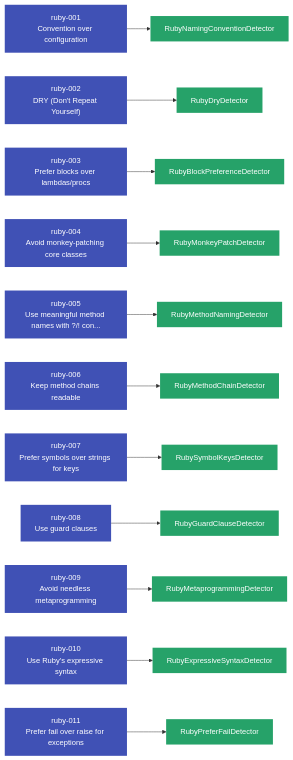
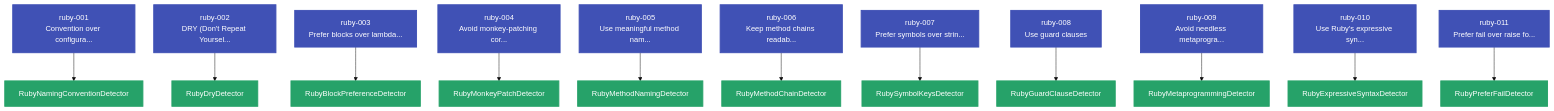
The first of 4 diagrams in docs/user-guide/languages/ruby.md (Anselmoo/mcp-zen-of-languages), drawn with Mermaid before and after one commit. The commit also changed other lines of this file and 20 other files, not shown here.

Commit message:
fix: improve Mermaid visualization - contrast, text overflow, new diagrams

````diff
--- a/docs/user-guide/languages/ruby.md
+++ b/docs/user-guide/languages/ruby.md
@@ -278,60 +278,61 @@
     ```mermaid
-    graph LR
-    ruby_001["ruby-001<br/>Convention over configuration"]
-    ruby_002["ruby-002<br/>DRY (Don't Repeat Yourself)"]
-    ruby_003["ruby-003<br/>Prefer blocks over lambdas/procs"]
-    ruby_004["ruby-004<br/>Avoid monkey-patching core classes"]
-    ruby_005["ruby-005<br/>Use meaningful method names with ?/! con..."]
-    ruby_006["ruby-006<br/>Keep method chains readable"]
-    ruby_007["ruby-007<br/>Prefer symbols over strings for keys"]
+%%{init: {"theme": "base", "flowchart": {"useMaxWidth": false, "htmlLabels": true, "nodeSpacing": 40, "rankSpacing": 60}}}%%
+    graph TD
+    ruby_001["ruby-001<br/>Convention over configura..."]
+    ruby_002["ruby-002<br/>DRY (Don't Repeat Yoursel..."]
+    ruby_003["ruby-003<br/>Prefer blocks over lambda..."]
+    ruby_004["ruby-004<br/>Avoid monkey-patching cor..."]
+    ruby_005["ruby-005<br/>Use meaningful method nam..."]
+    ruby_006["ruby-006<br/>Keep method chains readab..."]
+    ruby_007["ruby-007<br/>Prefer symbols over strin..."]
     ruby_008["ruby-008<br/>Use guard clauses"]
-    ruby_009["ruby-009<br/>Avoid needless metaprogramming"]
-    ruby_010["ruby-010<br/>Use Ruby's expressive syntax"]
-    ruby_011["ruby-011<br/>Prefer fail over raise for exceptions"]
+    ruby_009["ruby-009<br/>Avoid needless metaprogra..."]
+    ruby_010["ruby-010<br/>Use Ruby's expressive syn..."]
+    ruby_011["ruby-011<br/>Prefer fail over raise fo..."]
     det_RubyBlockPreferenceDetector["RubyBlockPreferenceDetector"]
     ruby_003 --> det_RubyBlockPreferenceDetector
     det_RubyDryDetector["RubyDryDetector"]
     ruby_002 --> det_RubyDryDetector
     det_RubyExpressiveSyntaxDetector["RubyExpressiveSyntaxDetector"]
     ruby_010 --> det_RubyExpressiveSyntaxDetector
     det_RubyGuardClauseDetector["RubyGuardClauseDetector"]
     ruby_008 --> det_RubyGuardClauseDetector
     det_RubyMetaprogrammingDetector["RubyMetaprogrammingDetector"]
     ruby_009 --> det_RubyMetaprogrammingDetector
     det_RubyMethodChainDetector["RubyMethodChainDetector"]
     ruby_006 --> det_RubyMethodChainDetector
     det_RubyMethodNamingDetector["RubyMethodNamingDetector"]
     ruby_005 --> det_RubyMethodNamingDetector
     det_RubyMonkeyPatchDetector["RubyMonkeyPatchDetector"]
     ruby_004 --> det_RubyMonkeyPatchDetector
     det_RubyNamingConventionDetector["RubyNamingConventionDetector"]
     ruby_001 --> det_RubyNamingConventionDetector
     det_RubyPreferFailDetector["RubyPreferFailDetector"]
     ruby_011 --> det_RubyPreferFailDetector
     det_RubySymbolKeysDetector["RubySymbolKeysDetector"]
     ruby_007 --> det_RubySymbolKeysDetector
-    classDef principle fill:#4051b5,color:#fff,stroke:none
-    classDef detector fill:#26a269,color:#fff,stroke:none
+    classDef principle fill:#4051b5,color:#ffffff,stroke:#4051b5,stroke-width:2px
+    classDef detector fill:#26a269,color:#ffffff,stroke:#26a269,stroke-width:2px
     class ruby_001 principle
     class ruby_002 principle
     class ruby_003 principle
     class ruby_004 principle
     class ruby_005 principle
     class ruby_006 principle
     class ruby_007 principle
     class ruby_008 principle
     class ruby_009 principle
     class ruby_010 principle
     class ruby_011 principle
     class det_RubyBlockPreferenceDetector detector
     class det_RubyDryDetector detector
     class det_RubyExpressiveSyntaxDetector detector
     class det_RubyGuardClauseDetector detector
     class det_RubyMetaprogrammingDetector detector
     class det_RubyMethodChainDetector detector
     class det_RubyMethodNamingDetector detector
     class det_RubyMonkeyPatchDetector detector
     class det_RubyNamingConventionDetector detector
     class det_RubyPreferFailDetector detector
     class det_RubySymbolKeysDetector detector
     ```
````
